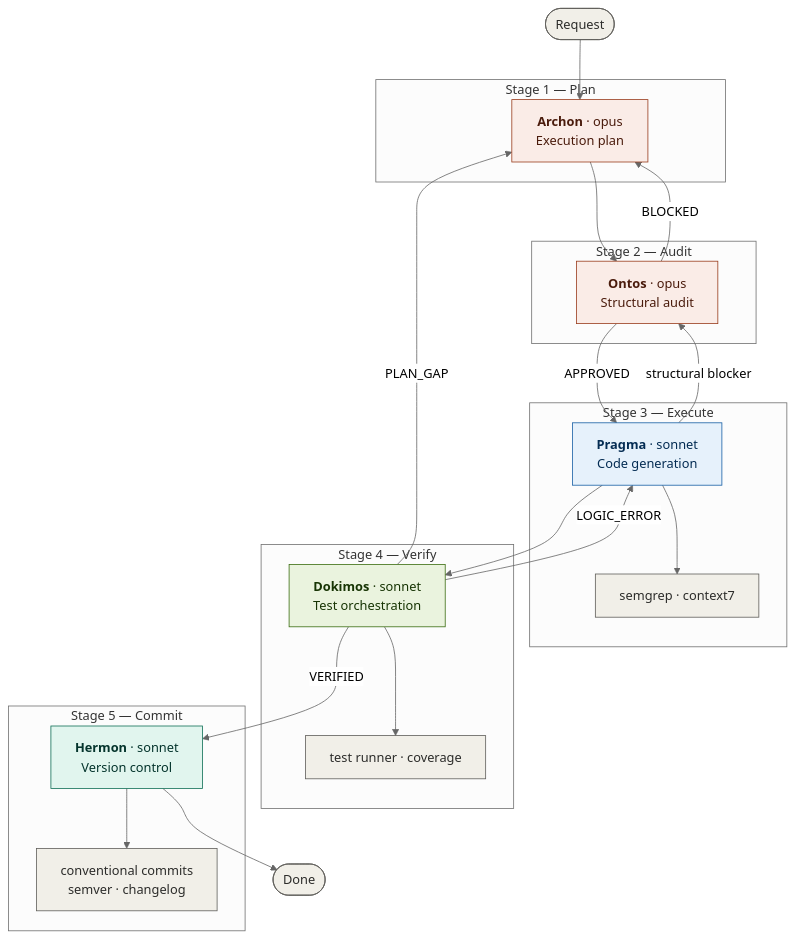
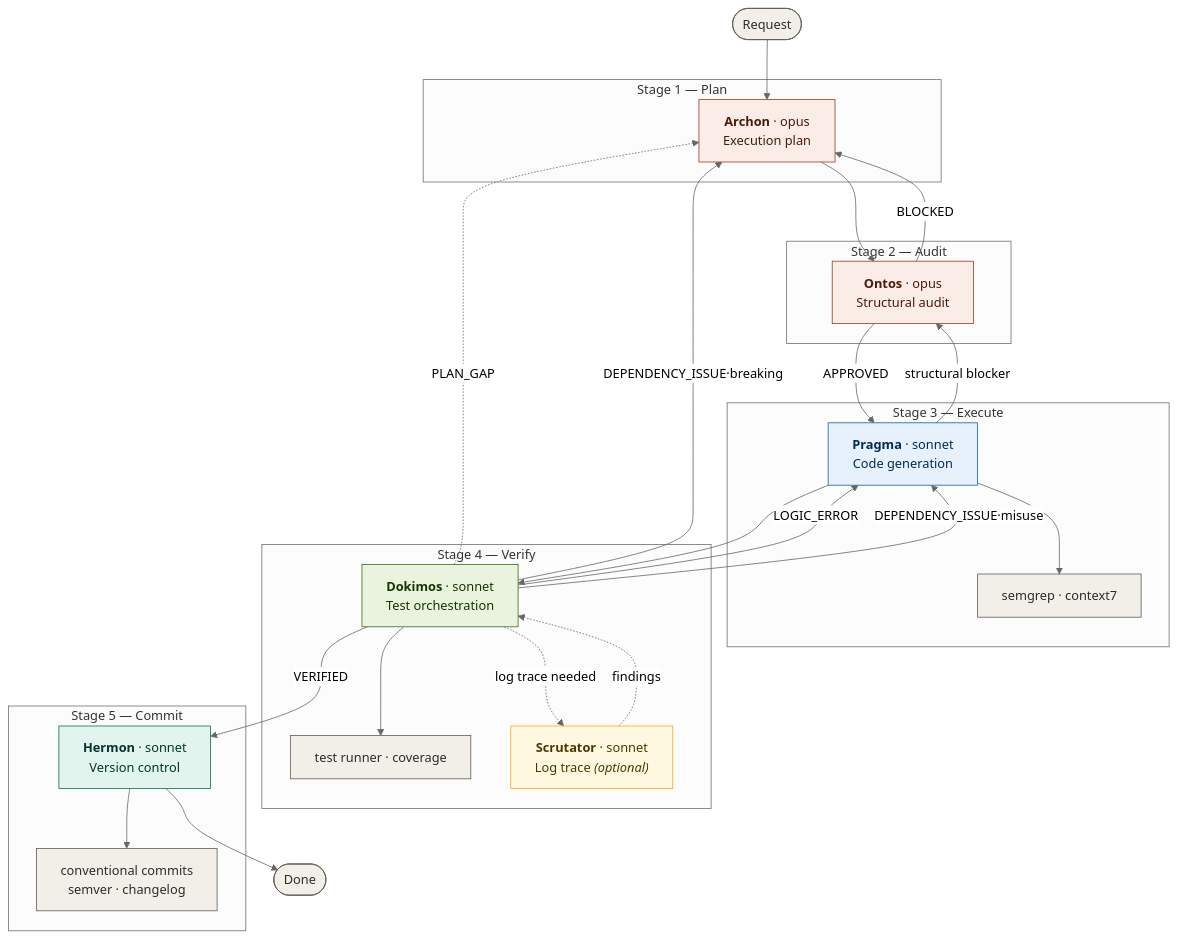
One commit to ancrz/pipeline-agentic changed the first of 6 diagrams in claude/README.md. Above: the diagram before and after it, drawn with Mermaid (neutral theme). The commit also changed other lines of this file and 6 other files, not shown here.

````diff
--- a/claude/README.md
+++ b/claude/README.md
@@ -7,57 +7,64 @@
 ```mermaid
 flowchart TD
     R([Request]) --> A
 
     subgraph PLAN ["Stage 1 — Plan"]
         A["`**Archon** · opus
         Execution plan`"]
     end
 
     subgraph AUDIT ["Stage 2 — Audit"]
         O["`**Ontos** · opus
         Structural audit`"]
     end
 
     subgraph EXECUTE ["Stage 3 — Execute"]
         P["`**Pragma** · sonnet
         Code generation`"]
         S7["semgrep · context7"]
     end
 
     subgraph VERIFY ["Stage 4 — Verify"]
         D["`**Dokimos** · sonnet
         Test orchestration`"]
         TT["test runner · coverage"]
+        SC["`**Scrutator** · sonnet
+        Log trace _(optional)_`"]
     end
 
     subgraph COMMIT ["Stage 5 — Commit"]
         H["`**Hermon** · sonnet
         Version control`"]
         CC["conventional commits
         semver · changelog"]
     end
 
     A --> O
     O -->|APPROVED| P
     O -->|BLOCKED| A
     P --> S7
     P --> D
     P -->|structural blocker| O
     D --> TT
+    D -.->|log trace needed| SC
+    SC -.->|findings| D
     D -->|VERIFIED| H
     D -->|LOGIC_ERROR| P
-    D -->|PLAN_GAP| A
+    D -.->|PLAN_GAP| A
+    D -->|DEPENDENCY_ISSUE·breaking| A
+    D -->|DEPENDENCY_ISSUE·misuse| P
     H --> CC
     H --> DONE([Done])
 
     style A fill:#FAECE7,stroke:#993C1D,color:#4A1B0C
     style O fill:#FAECE7,stroke:#993C1D,color:#4A1B0C
     style P fill:#E6F1FB,stroke:#185FA5,color:#042C53
     style D fill:#EAF3DE,stroke:#3B6D11,color:#173404
+    style SC fill:#FFF8E1,stroke:#F9A825,color:#4A3800
     style H fill:#E1F5EE,stroke:#0F6E56,color:#04342C
     style S7 fill:#F1EFE8,stroke:#5F5E5A,color:#2C2C2A
     style TT fill:#F1EFE8,stroke:#5F5E5A,color:#2C2C2A
     style CC fill:#F1EFE8,stroke:#5F5E5A,color:#2C2C2A
     style R fill:#F1EFE8,stroke:#5F5E5A,color:#2C2C2A
     style DONE fill:#F1EFE8,stroke:#5F5E5A,color:#2C2C2A
 ```
````
